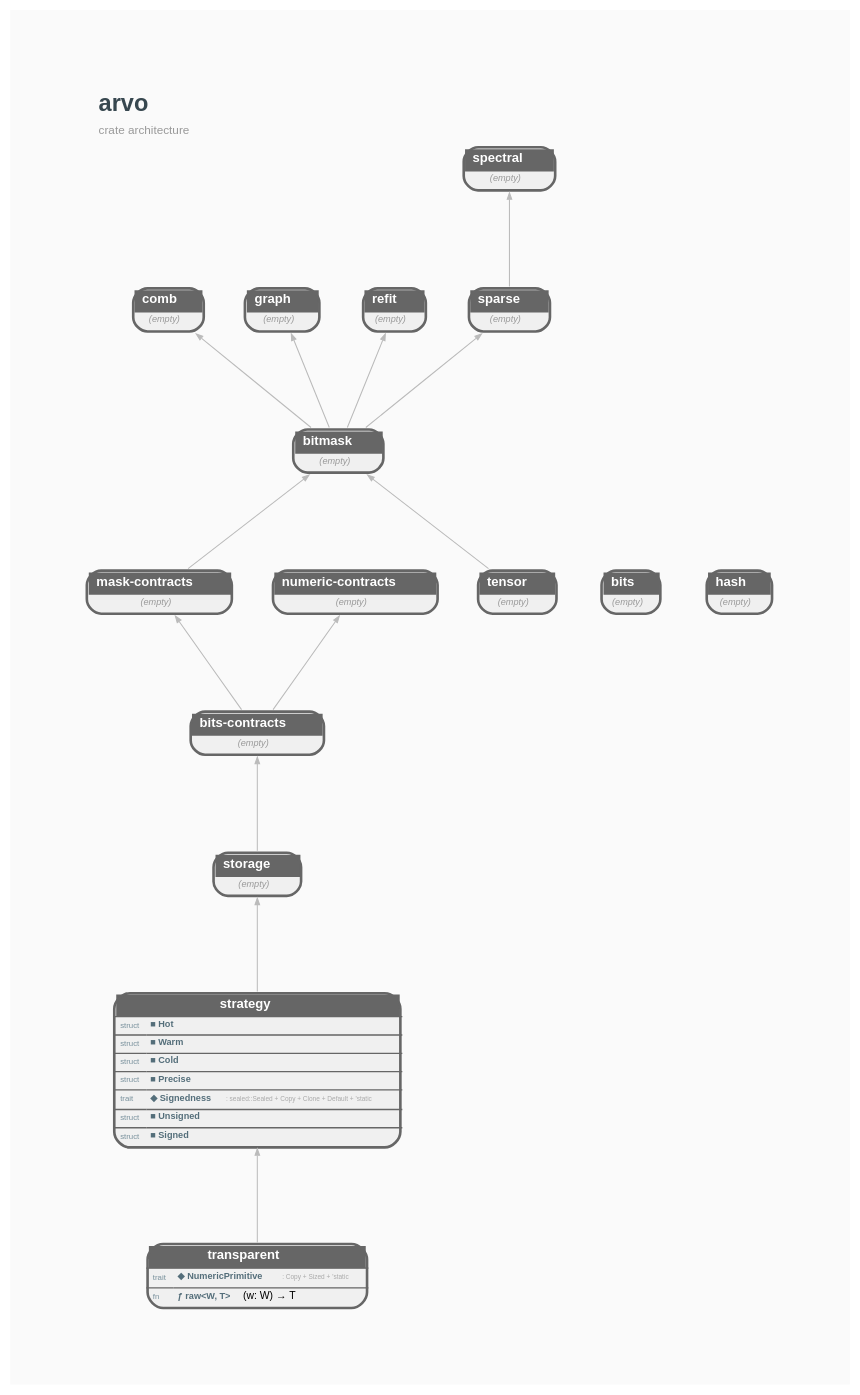
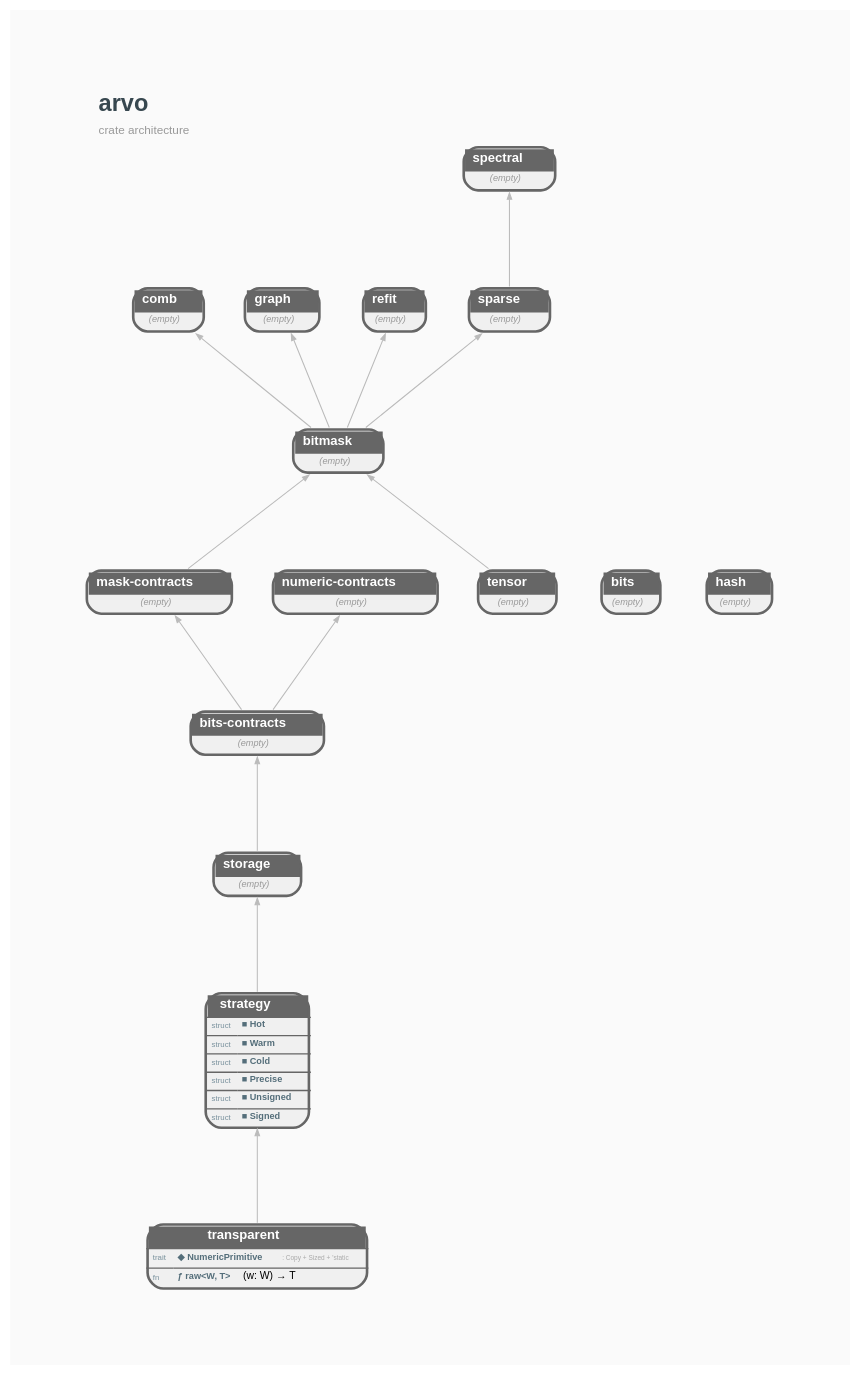
Before and after one commit to orgrinrt/arvo: the diagram in docs/STRUCTURE.GRAPH.dot, drawn with Graphviz. The commit also changed 226 other files, not shown here.

```diff
--- a/docs/STRUCTURE.GRAPH.dot
+++ b/docs/STRUCTURE.GRAPH.dot
@@ -1,61 +1,61 @@
-// AUTO-GENERATED — DO NOT EDIT DIRECTLY
+// AUTO-GENERATED: DO NOT EDIT DIRECTLY
 //
 // Generated by: mockspace (mock)
-// Generated at: 2026-07-17T13:34:48Z
+// Generated at: 2026-07-26T18:26:06Z
 // Source: mock/
 // To regenerate: cargo mock
 
-digraph arvo {
+digraph "arvo" {
     rankdir=BT;
     newrank=true;
     bgcolor="#FAFAFA";
     graph [fontname="Helvetica", fontsize=10, pad=0.8, nodesep=0.4, ranksep=1.0];
     node [fontname="Helvetica", fontsize=8];
     edge [fontname="Helvetica", fontsize=7, color="#BBBBBB", arrowsize=0.5, penwidth=0.8];
 
     labelloc=t;
     labeljust=l;
     label=<<TABLE BORDER="0" CELLBORDER="0" CELLSPACING="0"><TR><TD ALIGN="LEFT"><FONT POINT-SIZE="18" COLOR="#37474F"><B>arvo</B></FONT></TD></TR><TR><TD ALIGN="LEFT"><FONT POINT-SIZE="9" COLOR="#999999">crate architecture</FONT></TD></TR></TABLE>>;
 
     arvo_bitmask [shape=none, margin=0, label=<<TABLE BORDER="2" CELLBORDER="0" CELLSPACING="0" CELLPADDING="3" BGCOLOR="#F0F0F0" COLOR="#666666" STYLE="ROUNDED"><TR><TD COLSPAN="2" BGCOLOR="#666666" ALIGN="CENTER"><FONT COLOR="white" POINT-SIZE="10"><B>  bitmask  </B></FONT></TD></TR><TR><TD COLSPAN="2"><FONT COLOR="#999999" POINT-SIZE="7"><I>(empty)</I></FONT></TD></TR></TABLE>>];
     arvo_bits [shape=none, margin=0, label=<<TABLE BORDER="2" CELLBORDER="0" CELLSPACING="0" CELLPADDING="3" BGCOLOR="#F0F0F0" COLOR="#666666" STYLE="ROUNDED"><TR><TD COLSPAN="2" BGCOLOR="#666666" ALIGN="CENTER"><FONT COLOR="white" POINT-SIZE="10"><B>  bits  </B></FONT></TD></TR><TR><TD COLSPAN="2"><FONT COLOR="#999999" POINT-SIZE="7"><I>(empty)</I></FONT></TD></TR></TABLE>>];
     arvo_bits_contracts [shape=none, margin=0, label=<<TABLE BORDER="2" CELLBORDER="0" CELLSPACING="0" CELLPADDING="3" BGCOLOR="#F0F0F0" COLOR="#666666" STYLE="ROUNDED"><TR><TD COLSPAN="2" BGCOLOR="#666666" ALIGN="CENTER"><FONT COLOR="white" POINT-SIZE="10"><B>  bits-contracts  </B></FONT></TD></TR><TR><TD COLSPAN="2"><FONT COLOR="#999999" POINT-SIZE="7"><I>(empty)</I></FONT></TD></TR></TABLE>>];
     arvo_comb [shape=none, margin=0, label=<<TABLE BORDER="2" CELLBORDER="0" CELLSPACING="0" CELLPADDING="3" BGCOLOR="#F0F0F0" COLOR="#666666" STYLE="ROUNDED"><TR><TD COLSPAN="2" BGCOLOR="#666666" ALIGN="CENTER"><FONT COLOR="white" POINT-SIZE="10"><B>  comb  </B></FONT></TD></TR><TR><TD COLSPAN="2"><FONT COLOR="#999999" POINT-SIZE="7"><I>(empty)</I></FONT></TD></TR></TABLE>>];
     arvo_graph [shape=none, margin=0, label=<<TABLE BORDER="2" CELLBORDER="0" CELLSPACING="0" CELLPADDING="3" BGCOLOR="#F0F0F0" COLOR="#666666" STYLE="ROUNDED"><TR><TD COLSPAN="2" BGCOLOR="#666666" ALIGN="CENTER"><FONT COLOR="white" POINT-SIZE="10"><B>  graph  </B></FONT></TD></TR><TR><TD COLSPAN="2"><FONT COLOR="#999999" POINT-SIZE="7"><I>(empty)</I></FONT></TD></TR></TABLE>>];
     arvo_hash [shape=none, margin=0, label=<<TABLE BORDER="2" CELLBORDER="0" CELLSPACING="0" CELLPADDING="3" BGCOLOR="#F0F0F0" COLOR="#666666" STYLE="ROUNDED"><TR><TD COLSPAN="2" BGCOLOR="#666666" ALIGN="CENTER"><FONT COLOR="white" POINT-SIZE="10"><B>  hash  </B></FONT></TD></TR><TR><TD COLSPAN="2"><FONT COLOR="#999999" POINT-SIZE="7"><I>(empty)</I></FONT></TD></TR></TABLE>>];
     arvo_mask_contracts [shape=none, margin=0, label=<<TABLE BORDER="2" CELLBORDER="0" CELLSPACING="0" CELLPADDING="3" BGCOLOR="#F0F0F0" COLOR="#666666" STYLE="ROUNDED"><TR><TD COLSPAN="2" BGCOLOR="#666666" ALIGN="CENTER"><FONT COLOR="white" POINT-SIZE="10"><B>  mask-contracts  </B></FONT></TD></TR><TR><TD COLSPAN="2"><FONT COLOR="#999999" POINT-SIZE="7"><I>(empty)</I></FONT></TD></TR></TABLE>>];
     arvo_numeric_contracts [shape=none, margin=0, label=<<TABLE BORDER="2" CELLBORDER="0" CELLSPACING="0" CELLPADDING="3" BGCOLOR="#F0F0F0" COLOR="#666666" STYLE="ROUNDED"><TR><TD COLSPAN="2" BGCOLOR="#666666" ALIGN="CENTER"><FONT COLOR="white" POINT-SIZE="10"><B>  numeric-contracts  </B></FONT></TD></TR><TR><TD COLSPAN="2"><FONT COLOR="#999999" POINT-SIZE="7"><I>(empty)</I></FONT></TD></TR></TABLE>>];
     arvo_refit [shape=none, margin=0, label=<<TABLE BORDER="2" CELLBORDER="0" CELLSPACING="0" CELLPADDING="3" BGCOLOR="#F0F0F0" COLOR="#666666" STYLE="ROUNDED"><TR><TD COLSPAN="2" BGCOLOR="#666666" ALIGN="CENTER"><FONT COLOR="white" POINT-SIZE="10"><B>  refit  </B></FONT></TD></TR><TR><TD COLSPAN="2"><FONT COLOR="#999999" POINT-SIZE="7"><I>(empty)</I></FONT></TD></TR></TABLE>>];
     arvo_sparse [shape=none, margin=0, label=<<TABLE BORDER="2" CELLBORDER="0" CELLSPACING="0" CELLPADDING="3" BGCOLOR="#F0F0F0" COLOR="#666666" STYLE="ROUNDED"><TR><TD COLSPAN="2" BGCOLOR="#666666" ALIGN="CENTER"><FONT COLOR="white" POINT-SIZE="10"><B>  sparse  </B></FONT></TD></TR><TR><TD COLSPAN="2"><FONT COLOR="#999999" POINT-SIZE="7"><I>(empty)</I></FONT></TD></TR></TABLE>>];
     arvo_spectral [shape=none, margin=0, label=<<TABLE BORDER="2" CELLBORDER="0" CELLSPACING="0" CELLPADDING="3" BGCOLOR="#F0F0F0" COLOR="#666666" STYLE="ROUNDED"><TR><TD COLSPAN="2" BGCOLOR="#666666" ALIGN="CENTER"><FONT COLOR="white" POINT-SIZE="10"><B>  spectral  </B></FONT></TD></TR><TR><TD COLSPAN="2"><FONT COLOR="#999999" POINT-SIZE="7"><I>(empty)</I></FONT></TD></TR></TABLE>>];
     arvo_storage [shape=none, margin=0, label=<<TABLE BORDER="2" CELLBORDER="0" CELLSPACING="0" CELLPADDING="3" BGCOLOR="#F0F0F0" COLOR="#666666" STYLE="ROUNDED"><TR><TD COLSPAN="2" BGCOLOR="#666666" ALIGN="CENTER"><FONT COLOR="white" POINT-SIZE="10"><B>  storage  </B></FONT></TD></TR><TR><TD COLSPAN="2"><FONT COLOR="#999999" POINT-SIZE="7"><I>(empty)</I></FONT></TD></TR></TABLE>>];
-    arvo_strategy [shape=none, margin=0, label=<<TABLE BORDER="2" CELLBORDER="0" CELLSPACING="0" CELLPADDING="3" BGCOLOR="#F0F0F0" COLOR="#666666" STYLE="ROUNDED"><TR><TD COLSPAN="2" BGCOLOR="#666666" ALIGN="CENTER"><FONT COLOR="white" POINT-SIZE="10"><B>  strategy  </B></FONT></TD></TR><HR/><TR><TD ALIGN="LEFT"><FONT COLOR="#78909C" POINT-SIZE="6">struct</FONT></TD><TD ALIGN="LEFT" PORT="p_Hot"><FONT COLOR="#546E7A" POINT-SIZE="7"><B>■ Hot</B></FONT></TD></TR><HR/><TR><TD ALIGN="LEFT"><FONT COLOR="#78909C" POINT-SIZE="6">struct</FONT></TD><TD ALIGN="LEFT" PORT="p_Warm"><FONT COLOR="#546E7A" POINT-SIZE="7"><B>■ Warm</B></FONT></TD></TR><HR/><TR><TD ALIGN="LEFT"><FONT COLOR="#78909C" POINT-SIZE="6">struct</FONT></TD><TD ALIGN="LEFT" PORT="p_Cold"><FONT COLOR="#546E7A" POINT-SIZE="7"><B>■ Cold</B></FONT></TD></TR><HR/><TR><TD ALIGN="LEFT"><FONT COLOR="#78909C" POINT-SIZE="6">struct</FONT></TD><TD ALIGN="LEFT" PORT="p_Precise"><FONT COLOR="#546E7A" POINT-SIZE="7"><B>■ Precise</B></FONT></TD></TR><HR/><TR><TD ALIGN="LEFT"><FONT COLOR="#78909C" POINT-SIZE="6">trait</FONT></TD><TD ALIGN="LEFT" PORT="p_Signedness"><FONT COLOR="#546E7A" POINT-SIZE="7"><B>◆ Signedness</B></FONT> <FONT COLOR="#AAAAAA" POINT-SIZE="5">: sealed::Sealed + Copy + Clone + Default + 'static</FONT></TD></TR><HR/><TR><TD ALIGN="LEFT"><FONT COLOR="#78909C" POINT-SIZE="6">struct</FONT></TD><TD ALIGN="LEFT" PORT="p_Unsigned"><FONT COLOR="#546E7A" POINT-SIZE="7"><B>■ Unsigned</B></FONT></TD></TR><HR/><TR><TD ALIGN="LEFT"><FONT COLOR="#78909C" POINT-SIZE="6">struct</FONT></TD><TD ALIGN="LEFT" PORT="p_Signed"><FONT COLOR="#546E7A" POINT-SIZE="7"><B>■ Signed</B></FONT></TD></TR></TABLE>>];
+    arvo_strategy [shape=none, margin=0, label=<<TABLE BORDER="2" CELLBORDER="0" CELLSPACING="0" CELLPADDING="3" BGCOLOR="#F0F0F0" COLOR="#666666" STYLE="ROUNDED"><TR><TD COLSPAN="2" BGCOLOR="#666666" ALIGN="CENTER"><FONT COLOR="white" POINT-SIZE="10"><B>  strategy  </B></FONT></TD></TR><HR/><TR><TD ALIGN="LEFT"><FONT COLOR="#78909C" POINT-SIZE="6">struct</FONT></TD><TD ALIGN="LEFT" PORT="p_Hot"><FONT COLOR="#546E7A" POINT-SIZE="7"><B>■ Hot</B></FONT></TD></TR><HR/><TR><TD ALIGN="LEFT"><FONT COLOR="#78909C" POINT-SIZE="6">struct</FONT></TD><TD ALIGN="LEFT" PORT="p_Warm"><FONT COLOR="#546E7A" POINT-SIZE="7"><B>■ Warm</B></FONT></TD></TR><HR/><TR><TD ALIGN="LEFT"><FONT COLOR="#78909C" POINT-SIZE="6">struct</FONT></TD><TD ALIGN="LEFT" PORT="p_Cold"><FONT COLOR="#546E7A" POINT-SIZE="7"><B>■ Cold</B></FONT></TD></TR><HR/><TR><TD ALIGN="LEFT"><FONT COLOR="#78909C" POINT-SIZE="6">struct</FONT></TD><TD ALIGN="LEFT" PORT="p_Precise"><FONT COLOR="#546E7A" POINT-SIZE="7"><B>■ Precise</B></FONT></TD></TR><HR/><TR><TD ALIGN="LEFT"><FONT COLOR="#78909C" POINT-SIZE="6">struct</FONT></TD><TD ALIGN="LEFT" PORT="p_Unsigned"><FONT COLOR="#546E7A" POINT-SIZE="7"><B>■ Unsigned</B></FONT></TD></TR><HR/><TR><TD ALIGN="LEFT"><FONT COLOR="#78909C" POINT-SIZE="6">struct</FONT></TD><TD ALIGN="LEFT" PORT="p_Signed"><FONT COLOR="#546E7A" POINT-SIZE="7"><B>■ Signed</B></FONT></TD></TR></TABLE>>];
     arvo_tensor [shape=none, margin=0, label=<<TABLE BORDER="2" CELLBORDER="0" CELLSPACING="0" CELLPADDING="3" BGCOLOR="#F0F0F0" COLOR="#666666" STYLE="ROUNDED"><TR><TD COLSPAN="2" BGCOLOR="#666666" ALIGN="CENTER"><FONT COLOR="white" POINT-SIZE="10"><B>  tensor  </B></FONT></TD></TR><TR><TD COLSPAN="2"><FONT COLOR="#999999" POINT-SIZE="7"><I>(empty)</I></FONT></TD></TR></TABLE>>];
     arvo_transparent [shape=none, margin=0, label=<<TABLE BORDER="2" CELLBORDER="0" CELLSPACING="0" CELLPADDING="3" BGCOLOR="#F0F0F0" COLOR="#666666" STYLE="ROUNDED"><TR><TD COLSPAN="2" BGCOLOR="#666666" ALIGN="CENTER"><FONT COLOR="white" POINT-SIZE="10"><B>  transparent  </B></FONT></TD></TR><HR/><TR><TD ALIGN="LEFT"><FONT COLOR="#78909C" POINT-SIZE="6">trait</FONT></TD><TD ALIGN="LEFT" PORT="p_NumericPrimitive"><FONT COLOR="#546E7A" POINT-SIZE="7"><B>◆ NumericPrimitive</B></FONT> <FONT COLOR="#AAAAAA" POINT-SIZE="5">: Copy + Sized + 'static</FONT></TD></TR><HR/><TR><TD ALIGN="LEFT"><FONT COLOR="#78909C" POINT-SIZE="6">fn</FONT></TD><TD ALIGN="LEFT" PORT="p_raw"><FONT COLOR="#546E7A" POINT-SIZE="7"><B>ƒ raw&lt;W, T&gt;</B></FONT>(w: W) → T</TD></TR></TABLE>>];
 
     { rank=same; arvo_transparent; } // depth 0
     { rank=same; arvo_strategy; } // depth 1
     { rank=same; arvo_storage; } // depth 2
     { rank=same; arvo_bits_contracts; } // depth 3
     { rank=same; arvo_bits; arvo_mask_contracts; arvo_numeric_contracts; } // depth 4
     { rank=same; arvo_hash; arvo_tensor; } // depth 6
     { rank=same; arvo_bitmask; } // depth 7
     { rank=same; arvo_comb; arvo_graph; arvo_refit; arvo_sparse; } // depth 8
     { rank=same; arvo_spectral; } // depth 9
 
 
     // Dependency edges (transitively reduced)
     arvo_mask_contracts -> arvo_bitmask;
     arvo_tensor -> arvo_bitmask;
     arvo_storage -> arvo_bits_contracts;
     arvo_bitmask -> arvo_comb;
     arvo_bitmask -> arvo_graph;
     arvo_bits_contracts -> arvo_mask_contracts;
     arvo_bits_contracts -> arvo_numeric_contracts;
     arvo_bitmask -> arvo_refit;
     arvo_bitmask -> arvo_sparse;
     arvo_sparse -> arvo_spectral;
     arvo_strategy -> arvo_storage;
     arvo_transparent -> arvo_strategy;
 
 }
```
